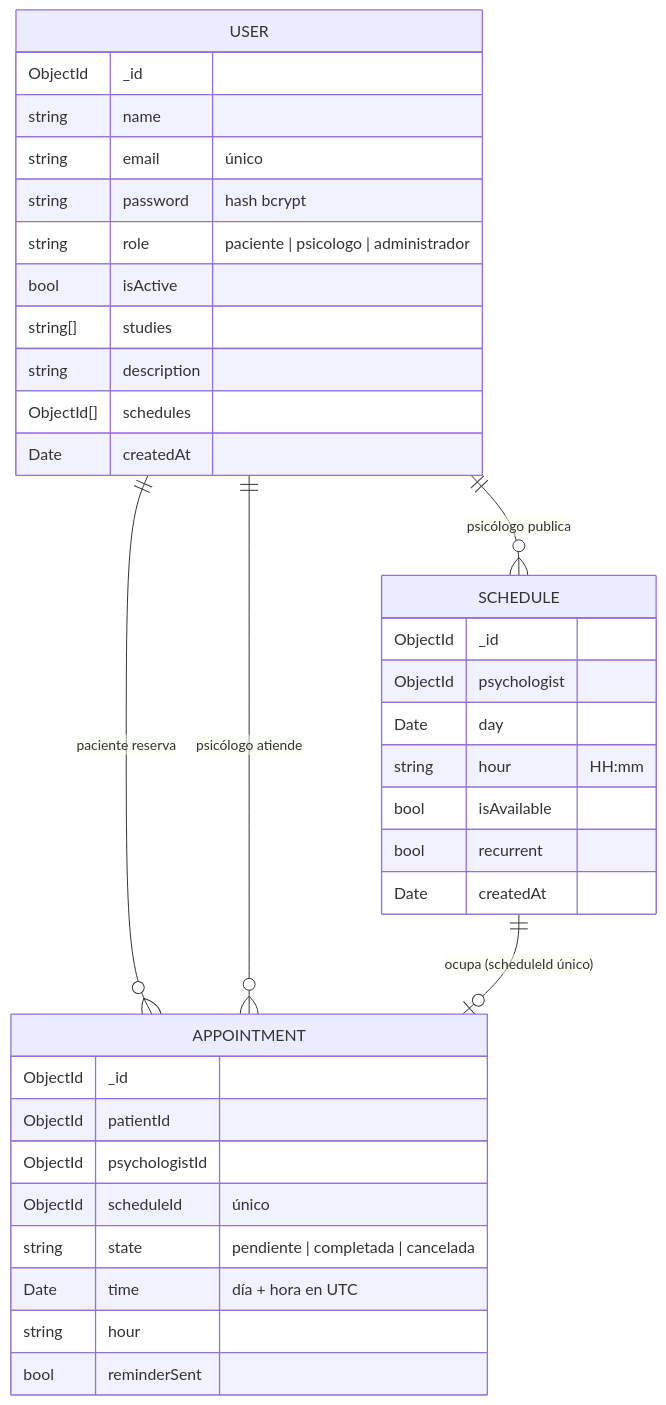
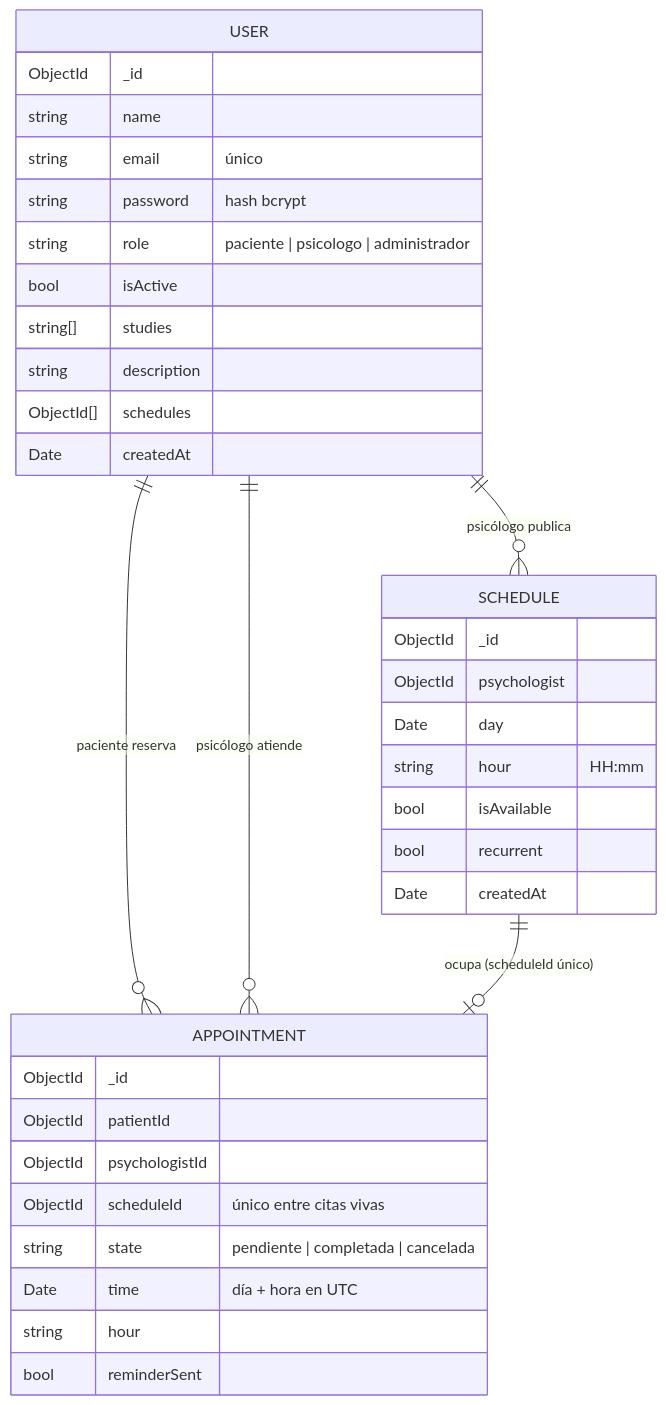
One commit to raug09/Magicamente changed the diagram in docs/02-modelo-datos.md. Above: the diagram before and after it, drawn with Mermaid. The commit also changed other lines of this file and 7 other files, not shown here.

````diff
--- a/docs/02-modelo-datos.md
+++ b/docs/02-modelo-datos.md
@@ -5,38 +5,38 @@
 ```mermaid
 erDiagram
   USER ||--o{ SCHEDULE : "psicólogo publica"
   USER ||--o{ APPOINTMENT : "paciente reserva"
   USER ||--o{ APPOINTMENT : "psicólogo atiende"
   SCHEDULE ||--o| APPOINTMENT : "ocupa (scheduleId único)"
   USER {
     ObjectId _id
     string name
     string email "único"
     string password "hash bcrypt"
     string role "paciente | psicologo | administrador"
     bool isActive
     string[] studies
     string description
     ObjectId[] schedules
     Date createdAt
   }
   SCHEDULE {
     ObjectId _id
     ObjectId psychologist
     Date day
     string hour "HH:mm"
     bool isAvailable
     bool recurrent
     Date createdAt
   }
   APPOINTMENT {
     ObjectId _id
     ObjectId patientId
     ObjectId psychologistId
-    ObjectId scheduleId "único"
+    ObjectId scheduleId "único entre citas vivas"
     string state "pendiente | completada | cancelada"
     Date time "día + hora en UTC"
     string hour
     bool reminderSent
   }
 ```
````
